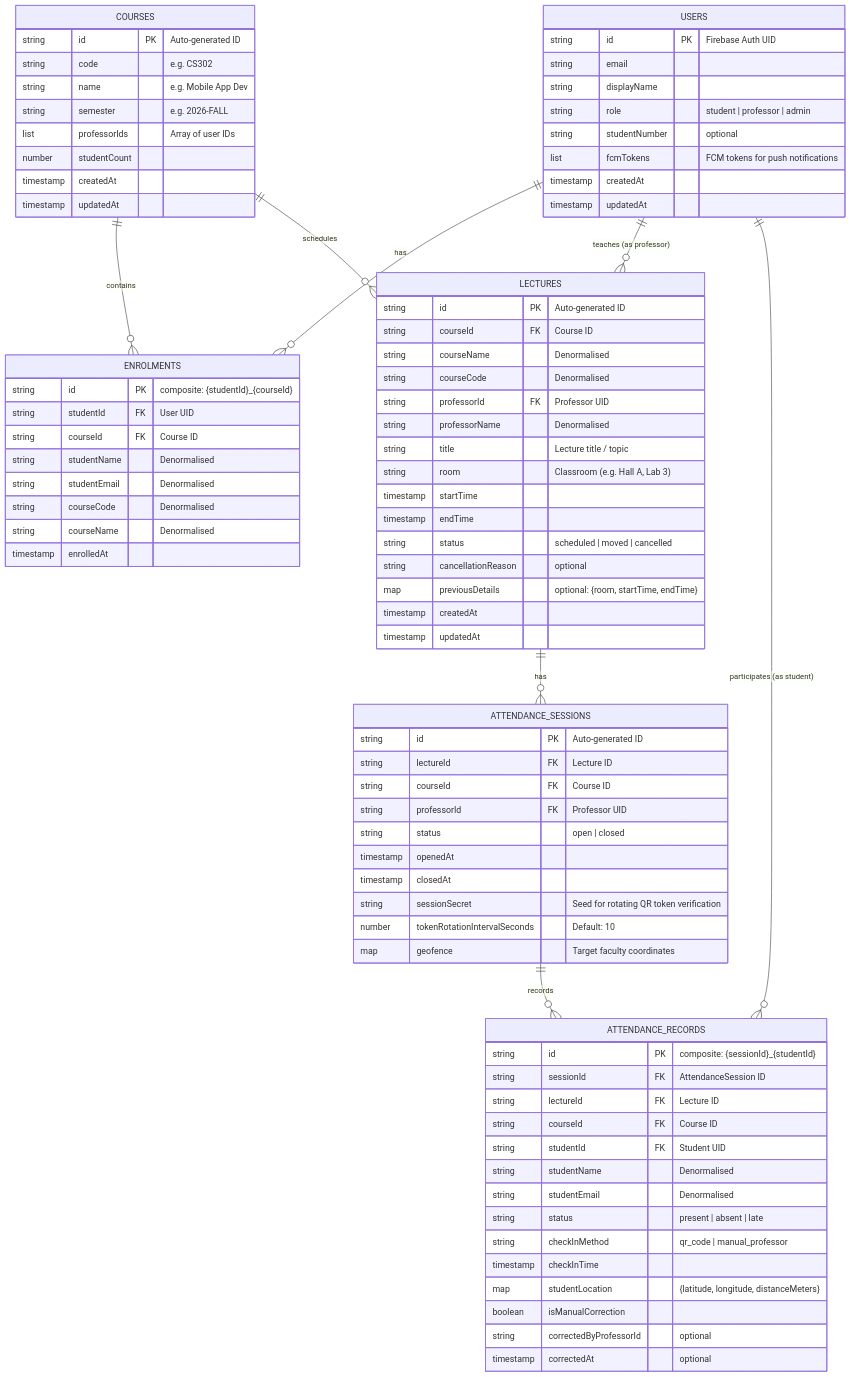
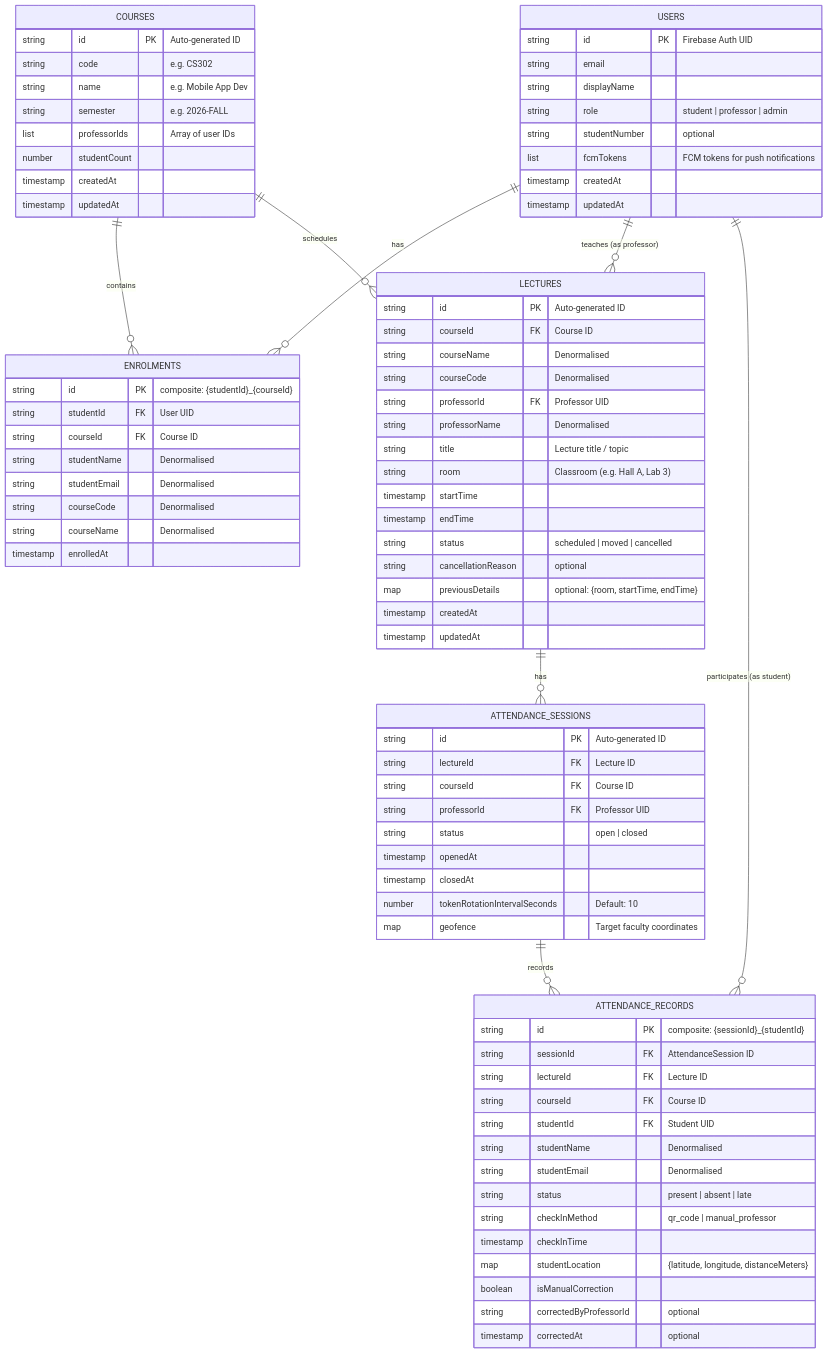
One commit to AlexisPac0/UniConnect changed the diagram in docs/firestore-data-model.md. Above: the diagram before and after it, drawn with Mermaid. The commit also changed other lines of this file and 9 other files, not shown here.

```diff
--- a/docs/firestore-data-model.md
+++ b/docs/firestore-data-model.md
@@ -92,7 +92,6 @@
         string status "open | closed"
         timestamp openedAt
         timestamp closedAt
-        string sessionSecret "Seed for rotating QR token verification"
         number tokenRotationIntervalSeconds "Default: 10"
         map geofence "Target faculty coordinates"
     }
```
